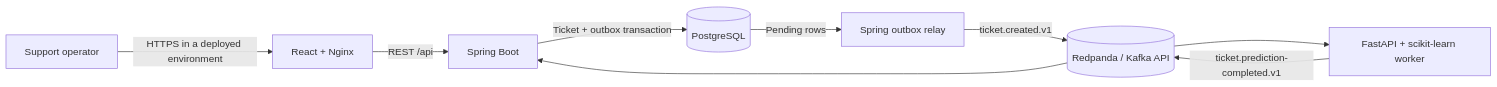
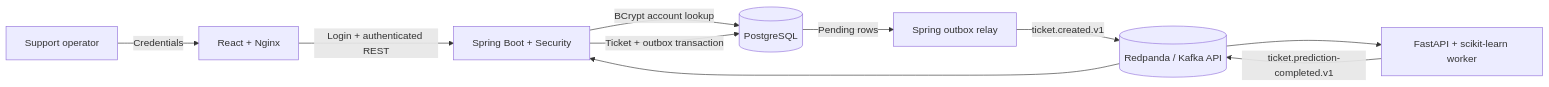
The first of 2 diagrams in docs/architecture.md (YevhenKoval01/serviceops-intelligence-platform), drawn with Mermaid before and after one commit. The commit also changed other lines of this file and 47 other files, not shown here.

````diff
--- a/docs/architecture.md
+++ b/docs/architecture.md
@@ -10,11 +10,12 @@
 ```mermaid
 flowchart LR
-    Operator[Support operator] -->|HTTPS in a deployed environment| UI[React + Nginx]
-    UI -->|REST /api| API[Spring Boot]
+    Operator[Support operator] -->|Credentials| UI[React + Nginx]
+    UI -->|Login + authenticated REST| API[Spring Boot + Security]
+    API -->|BCrypt account lookup| DB
     API -->|Ticket + outbox transaction| DB[(PostgreSQL)]
     DB -->|Pending rows| Relay[Spring outbox relay]
     Relay -->|ticket.created.v1| Kafka[(Redpanda / Kafka API)]
     Kafka --> Worker[FastAPI + scikit-learn worker]
     Worker -->|ticket.prediction-completed.v1| Kafka
     Kafka --> API
 ```
````
